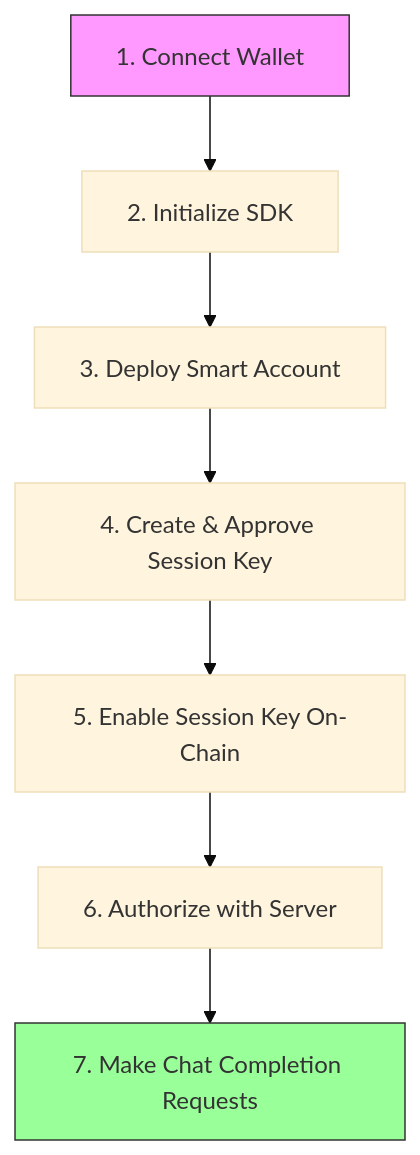
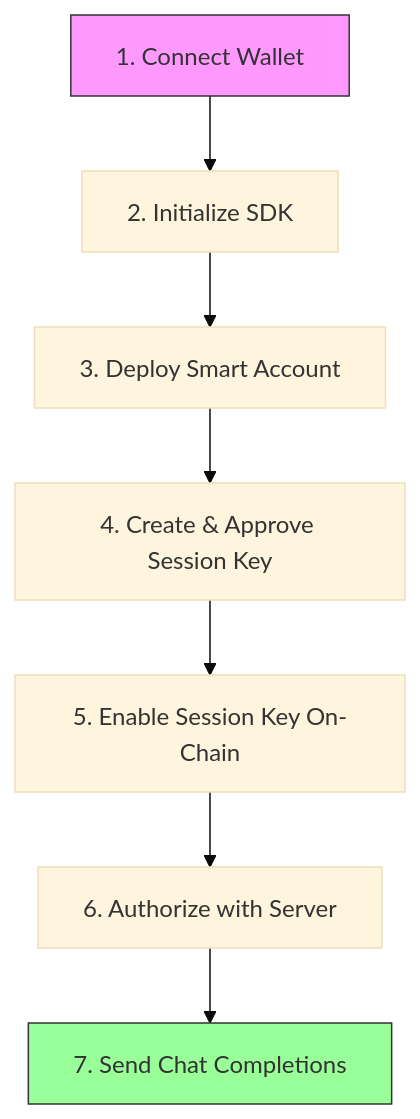
One commit to itublockchain/hackmoney-router402 changed the diagram in docs/sdk/getting-started.md. Above: the diagram before and after it, drawn with Mermaid (base theme). The commit also changed other lines of this file and 23 other files, not shown here.

````diff
--- a/docs/sdk/getting-started.md
+++ b/docs/sdk/getting-started.md
@@ -50,12 +65,12 @@
 ```mermaid
 flowchart TD
     A["1. Connect Wallet"] --> B["2. Initialize SDK"]
     B --> C["3. Deploy Smart Account"]
     C --> D["4. Create & Approve Session Key"]
     D --> E["5. Enable Session Key On-Chain"]
     E --> F["6. Authorize with Server"]
-    F --> G["7. Make Chat Completion Requests"]
+    F --> G["7. Send Chat Completions"]
 
     style A fill:#f9f,stroke:#333
     style G fill:#9f9,stroke:#333
 ```
````
